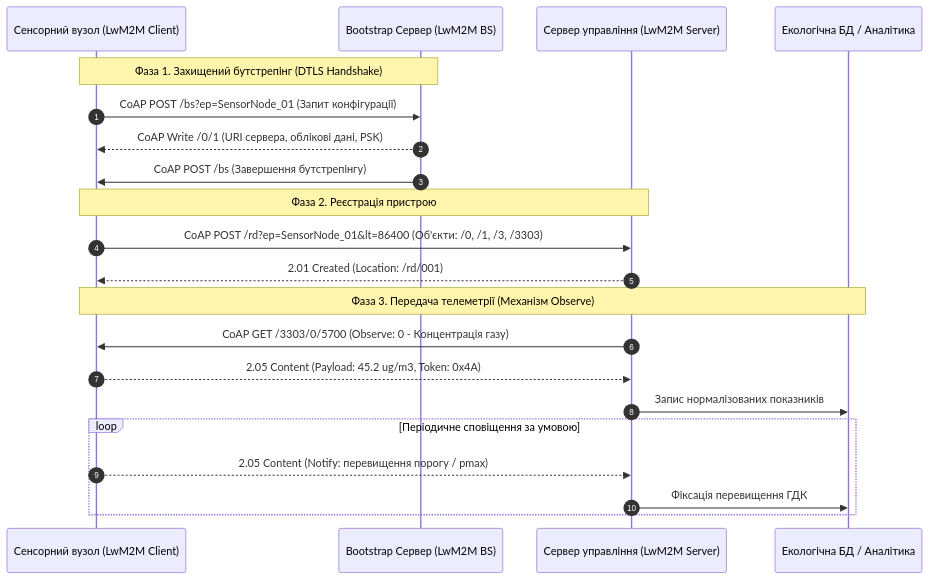
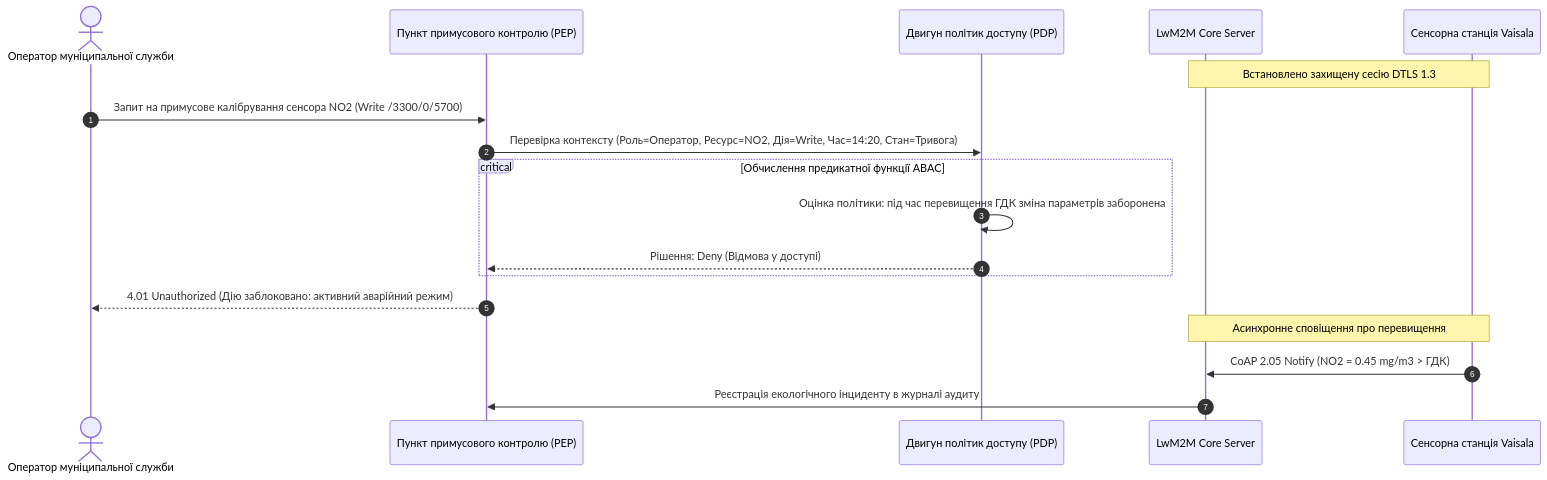
One commit to KyryloVadurin/eco-systems-analytics changed the third of 4 diagrams in docs/lk/lk2.md. Above: the diagram before and after it, drawn with Mermaid. The commit also changed other lines of this file, not shown here.

````diff
--- a/docs/lk/lk2.md
+++ b/docs/lk/lk2.md
@@ -83,26 +254,24 @@
 ```mermaid
 sequenceDiagram
     autonumber
-    participant SensorNode as Сенсорний вузол (LwM2M Client)
-    participant BSServer as Bootstrap Сервер (LwM2M BS)
-    participant DMServer as Сервер управління (LwM2M Server)
-    participant Database as Екологічна БД / Аналітика
+    actor Operator as Оператор муніципальної служби
+    participant PEP as Пункт примусового контролю (PEP)
+    participant PDP as Двигун політик доступу (PDP)
+    participant CoreServer as LwM2M Core Server
+    participant SensorNode as Сенсорна станція Vaisala
 
-    Note over SensorNode,BSServer: Фаза 1. Захищений бутстрепінг (DTLS Handshake)
-    SensorNode->>BSServer: CoAP POST /bs?ep=SensorNode_01 (Запит конфігурації)
-    BSServer-->>SensorNode: CoAP Write /0/1 (URI сервера, облікові дані, PSK)
-    BSServer->>SensorNode: CoAP POST /bs (Завершення бутстрепінгу)
+    Note over SensorNode,CoreServer: Встановлено захищену сесію DTLS 1.3
+    Operator->>PEP: Запит на примусове калібрування сенсора NO2 (Write /3300/0/5700)
+    PEP->>PDP: Перевірка контексту (Роль=Оператор, Ресурс=NO2, Дія=Write, Час=14:20, Стан=Тривога)
     
-    Note over SensorNode,DMServer: Фаза 2. Реєстрація пристрою
-    SensorNode->>DMServer: CoAP POST /rd?ep=SensorNode_01&lt=86400 (Об'єкти: /0, /1, /3, /3303)
-    DMServer-->>SensorNode: 2.01 Created (Location: /rd/001)
+    critical Обчислення предикатної функції ABAC
+        PDP->>PDP: Оцінка політики: під час перевищення ГДК зміна параметрів заборонена
+        PDP-->>PEP: Рішення: Deny (Відмова у доступі)
+    end
 
-    Note over SensorNode,Database: Фаза 3. Передача телеметрії (Механізм Observe)
-    DMServer->>SensorNode: CoAP GET /3303/0/5700 (Observe: 0 - Концентрація газу)
-    SensorNode-->>DMServer: 2.05 Content (Payload: 45.2 ug/m3, Token: 0x4A)
-    DMServer->>Database: Запис нормалізованих показників
-    loop Періодичне сповіщення за умовою
-        SensorNode-->>DMServer: 2.05 Content (Notify: перевищення порогу / pmax)
-        DMServer->>Database: Фіксація перевищення ГДК
-    end
+    PEP-->>Operator: 4.01 Unauthorized (Дію заблоковано: активний аварійний режим)
+    
+    Note over SensorNode,CoreServer: Асинхронне сповіщення про перевищення
+    SensorNode->>CoreServer: CoAP 2.05 Notify (NO2 = 0.45 mg/m3 > ГДК)
+    CoreServer->>PEP: Реєстрація екологічного інциденту в журналі аудиту
 ```
````
